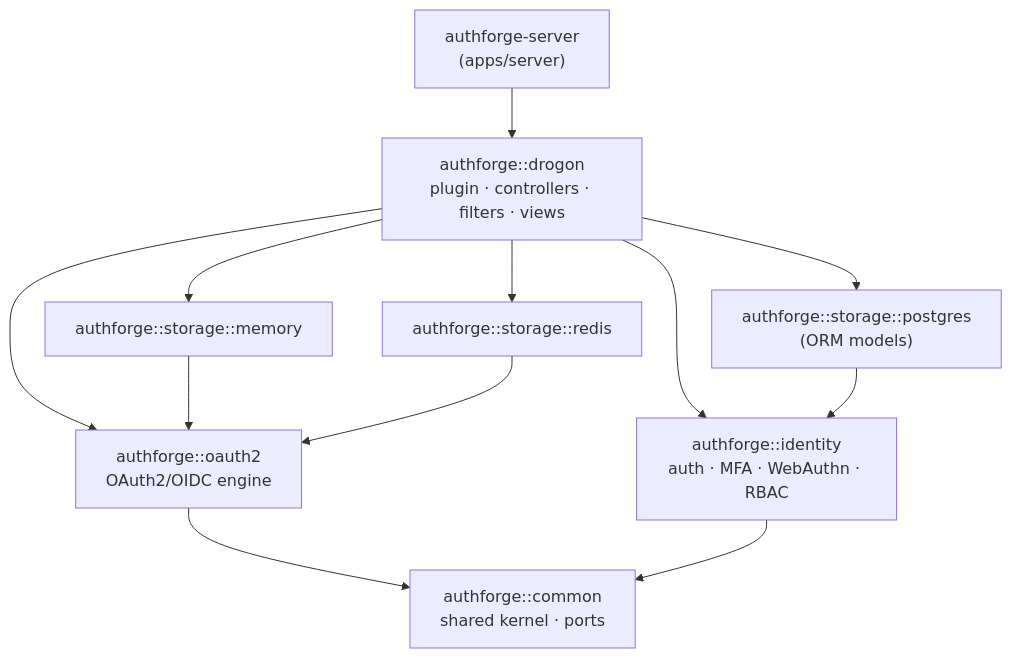
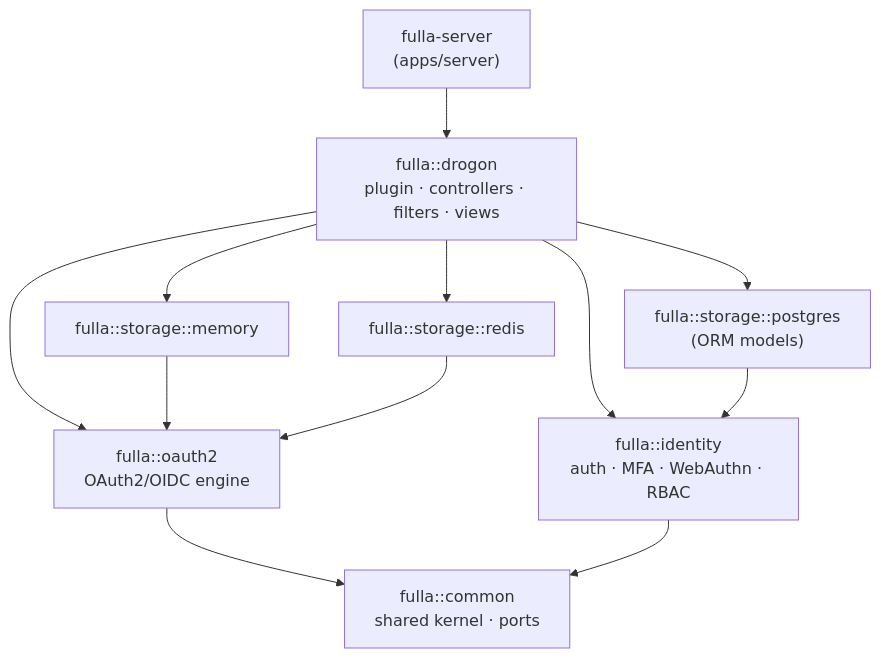
Before and after one commit to VilasWang/OAuth2-plugin-example: the diagram in README.md, drawn with Mermaid. The commit also changed other lines of this file and 1153 other files, not shown here.

````diff
--- a/README.md
+++ b/README.md
@@ -36,15 +36,15 @@
 ```mermaid
 graph TD
-    server["authforge-server<br/>(apps/server)"] --> drogon
-    drogon["authforge::drogon<br/>plugin · controllers · filters · views"] --> oauth2
+    server["fulla-server<br/>(apps/server)"] --> drogon
+    drogon["fulla::drogon<br/>plugin · controllers · filters · views"] --> oauth2
     drogon --> identity
     drogon --> memory
     drogon --> redis
     drogon --> postgres
-    memory["authforge::storage::memory"] --> oauth2
-    redis["authforge::storage::redis"] --> oauth2
-    postgres["authforge::storage::postgres<br/>(ORM models)"] --> identity
-    oauth2["authforge::oauth2<br/>OAuth2/OIDC engine"] --> common
-    identity["authforge::identity<br/>auth · MFA · WebAuthn · RBAC"] --> common
-    common["authforge::common<br/>shared kernel · ports"]
+    memory["fulla::storage::memory"] --> oauth2
+    redis["fulla::storage::redis"] --> oauth2
+    postgres["fulla::storage::postgres<br/>(ORM models)"] --> identity
+    oauth2["fulla::oauth2<br/>OAuth2/OIDC engine"] --> common
+    identity["fulla::identity<br/>auth · MFA · WebAuthn · RBAC"] --> common
+    common["fulla::common<br/>shared kernel · ports"]
 ```
````
